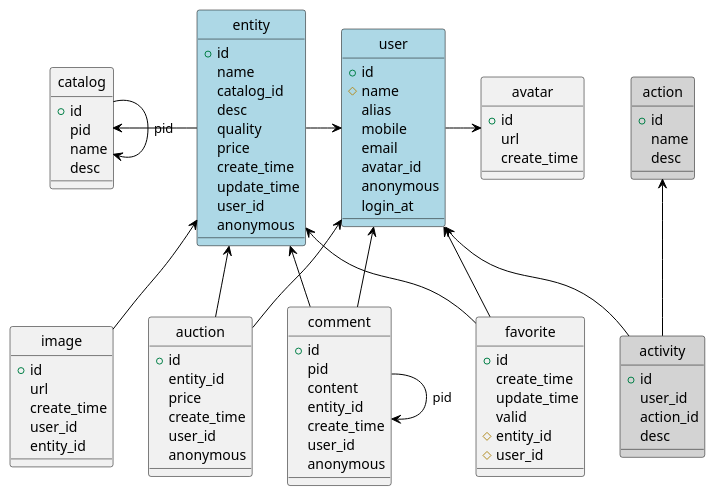
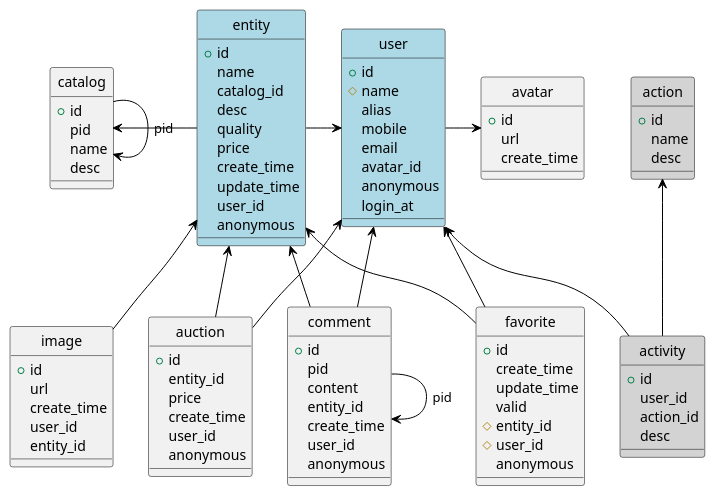
One commit to neo-nie/flea-market changed the diagram in private/db/flea-model.puml. Above: the diagram before and after it, drawn with PlantUML. The commit also changed 3 other files, not shown here.

```diff
--- a/private/db/flea-model.puml
+++ b/private/db/flea-model.puml
@@ -1,116 +1,117 @@
 @startuml
 
 'skinparam monochrome true
 'skinparam classBackgroundColor White
 skinparam classArrowColor Black
 skinparam classBorderColor Black
 skinparam stereotypeCBackgroundColor Gray
 'hide members
 hide circle
 
 class user #LightBlue {
     +id      
     #name   
     alias    
     mobile      
     email        
     avatar_id   
     anonymous   
     login_at    
 }
 
 class avatar {
     +id
     url
     create_time
 }
 
 class catalog {
     +id
     pid
     name
     desc
 }
 
 class entity #LightBlue {
     +id
     name
     catalog_id
     desc
     quality
     price
     create_time
     update_time
     user_id
     anonymous
 }
 
 class favorite {
     +id
     create_time
     update_time
     valid
     #entity_id
     #user_id
+    anonymous
 }
 
 class comment {
     +id
     pid
     content
     entity_id
     create_time
     user_id
     anonymous
 }
 
 class auction {
     +id
     entity_id
     price
     create_time
     user_id
     anonymous
 }
 
 class image {
     +id
     url
     create_time
     user_id
     entity_id
 }
 
 class action #LightGray {
     +id
     name
     desc
 }
 
 class activity #LightGray {
     +id
     user_id
     action_id
     desc
 }
 
 user -r-> avatar
 entity -l-> catalog
 entity -r-> user
 catalog --> catalog : pid
 
 image -u-> entity
 favorite -u-> user
 favorite -u-> entity
 
 comment -u-> user
 comment -u-> entity
 comment --> comment : pid
 
 auction -u-> user
 auction -u-> entity
 
 activity -u-> action
 activity -u-> user
 
 @enduml
```
